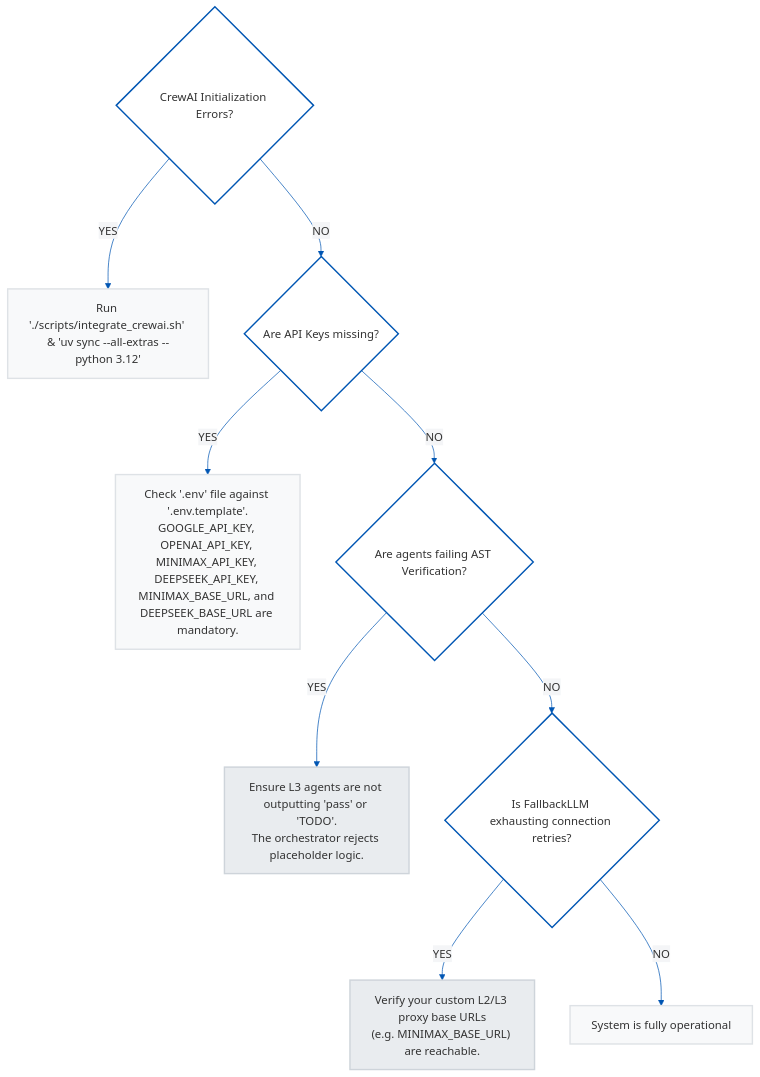
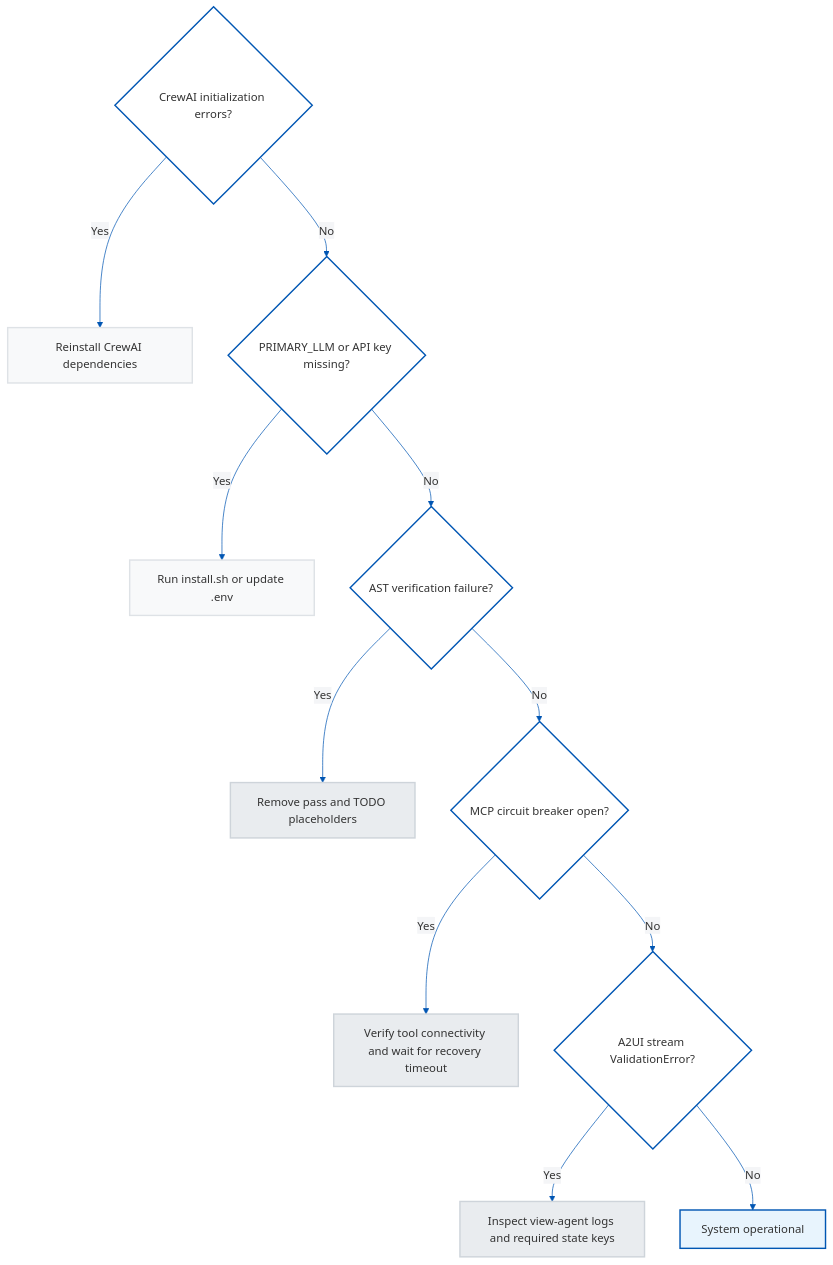
One commit to Victordtesla24/3-tier-multi-agent-architecture changed the eighth of 8 diagrams in README.md. Above: the diagram before and after it, drawn with Mermaid. The commit also changed other lines of this file and 50 other files, not shown here.

````diff
--- a/README.md
+++ b/README.md
@@ -333,21 +590,20 @@
 ```mermaid
 %%{init: {'theme': 'base', 'themeVariables': { 'primaryColor': '#ffffff', 'primaryTextColor': '#333333', 'primaryBorderColor': '#cccccc', 'lineColor': '#0056b3', 'secondaryColor': '#f4f5f7', 'tertiaryColor': '#e1e4e8'}}}%%
 graph TD
-    %% Executive Styling
     classDef query fill:#ffffff,stroke:#0056b3,stroke-width:2px,color:#333333;
     classDef action fill:#f8f9fa,stroke:#dee2e6,stroke-width:2px,color:#333333;
     classDef warning fill:#e9ecef,stroke:#ced4da,stroke-width:2px,color:#333333;
+    classDef success fill:#e8f4fd,stroke:#0056b3,stroke-width:2px,color:#333333;
 
-    Q1{"CrewAI Initialization Errors?"}:::query
-    Q1 -- YES --> A1["Run './scripts/integrate_crewai.sh' & 'uv sync --all-extras --python 3.12'"]:::action
-    Q1 -- NO --> Q2{"Are API Keys missing?"}:::query
-
-    Q2 -- YES --> A2["Check '.env' file against '.env.template'.<br/>GOOGLE_API_KEY, OPENAI_API_KEY, MINIMAX_API_KEY, DEEPSEEK_API_KEY, MINIMAX_BASE_URL, and DEEPSEEK_BASE_URL are mandatory."]:::action
-    Q2 -- NO --> Q3{"Are agents failing AST Verification?"}:::query
-
-    Q3 -- YES --> A3["Ensure L3 agents are not outputting 'pass' or 'TODO'.<br/>The orchestrator rejects placeholder logic."]:::warning
-    Q3 -- NO --> Q4{"Is FallbackLLM exhausting connection retries?"}:::query
-
-    Q4 -- YES --> A4["Verify your custom L2/L3 proxy base URLs<br/>(e.g. MINIMAX_BASE_URL) are reachable."]:::warning
-    Q4 -- NO --> OPT["System is fully operational"]:::action
+    Q1{CrewAI initialization errors?}:::query
+    Q1 -->|Yes| A1[Reinstall CrewAI dependencies]:::action
+    Q1 -->|No| Q2{PRIMARY_LLM or API key missing?}:::query
+    Q2 -->|Yes| A2[Run install.sh or update .env]:::action
+    Q2 -->|No| Q3{AST verification failure?}:::query
+    Q3 -->|Yes| A3[Remove pass and TODO placeholders]:::warning
+    Q3 -->|No| Q4{MCP circuit breaker open?}:::query
+    Q4 -->|Yes| A4[Verify tool connectivity and wait for recovery timeout]:::warning
+    Q4 -->|No| Q5{A2UI stream ValidationError?}:::query
+    Q5 -->|Yes| A5[Inspect view-agent logs and required state keys]:::warning
+    Q5 -->|No| OPT[System operational]:::success
 ```
````
